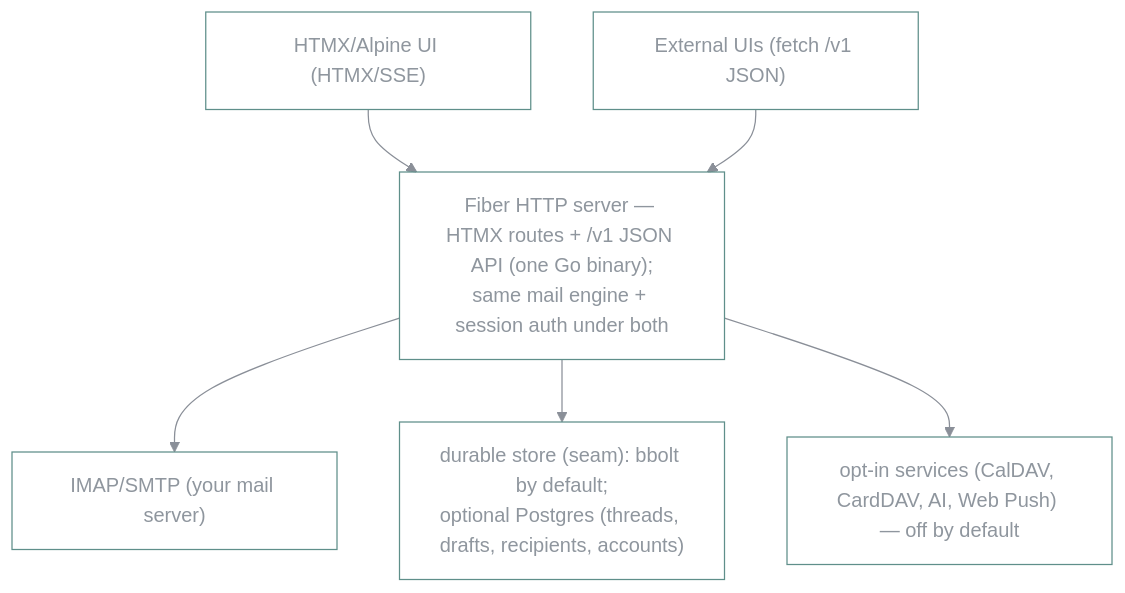
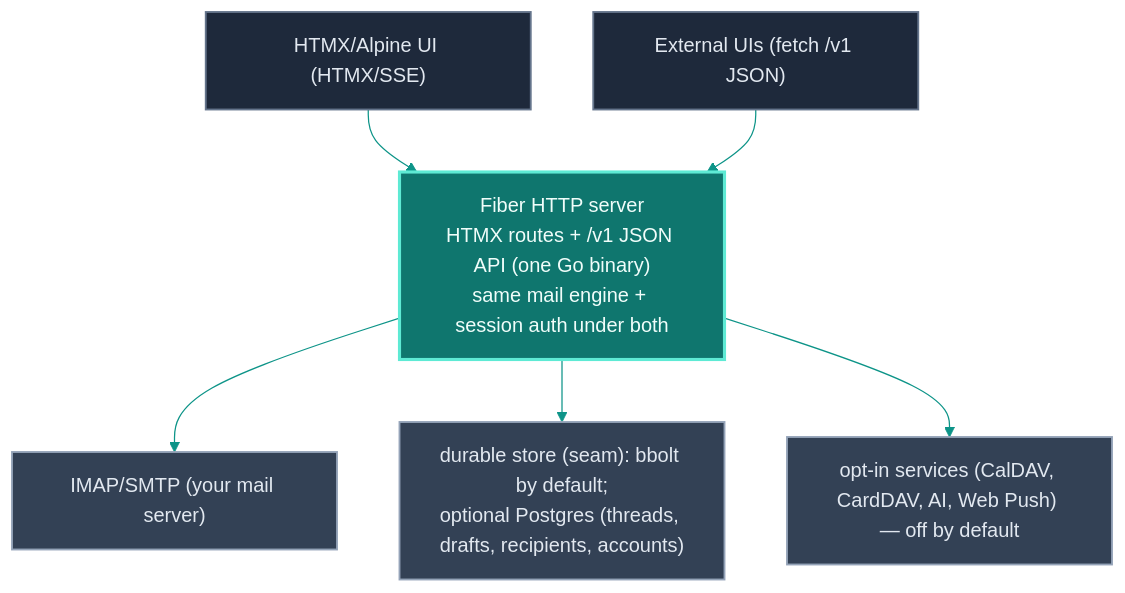
One commit to voidvon/inbrix changed the diagram in README.md. Above: the diagram before and after it, drawn with Mermaid.

Commit message:
docs: opaque-fill palette for README mermaid diagram
The old init used primaryColor:transparent with a #8f969e mid-grey
text and #8a8f98 edges, so contrast depended entirely on GitHub's
page background — roughly 2.9:1 on white, well under WCAG AA. Give
every node an opaque fill with light text (entry/server/backend
tiers via classDef) so contrast is self-contained and safe on both
GitHub light and dark. Also split the long Server label's dash into
its own line for legibility; no wording changed.

Agent-generated, machine-verified, NOT human-reviewed.

````diff
--- a/README.md
+++ b/README.md
@@ -90,10 +90,18 @@
 ```mermaid
-%%{init: {'theme':'base','themeVariables':{'fontFamily':'ui-monospace, SFMono-Regular, Menlo, monospace','primaryColor':'transparent','primaryBorderColor':'#14b8a6','primaryTextColor':'#8f969e','lineColor':'#8a8f98','nodeBorder':'#5f8f8a','edgeLabelBackground':'transparent','clusterBorder':'#3f8f86','clusterBkg':'transparent'}}}%%
+%%{init: {'theme':'base','themeVariables':{'fontFamily':'ui-monospace, SFMono-Regular, Menlo, monospace','primaryColor':'#334155','primaryBorderColor':'#94a3b8','primaryTextColor':'#e2e8f0','lineColor':'#0d9488','edgeLabelBackground':'transparent','clusterBorder':'#3f8f86','clusterBkg':'transparent'}}}%%
 flowchart TD
+    classDef entry fill:#1e293b,stroke:#64748b,color:#e2e8f0,stroke-width:1.5px;
+    classDef server fill:#0f766e,stroke:#5eead4,color:#f0fdfa,stroke-width:2.5px;
+    classDef backend fill:#334155,stroke:#94a3b8,color:#e2e8f0,stroke-width:1.5px;
+
     UI["HTMX/Alpine UI (HTMX/SSE)"] --> Server
     React["External UIs (fetch /v1 JSON)"] --> Server
-    Server["Fiber HTTP server — HTMX routes + /v1 JSON API (one Go binary);<br/>same mail engine + session auth under both"]
+    Server["Fiber HTTP server<br/>HTMX routes + /v1 JSON API (one Go binary)<br/>same mail engine + session auth under both"]
     Server --> IMAP["IMAP/SMTP (your mail server)"]
     Server --> Store["durable store (seam): bbolt by default;<br/>optional Postgres (threads, drafts, recipients, accounts)"]
     Server --> Services["opt-in services (CalDAV, CardDAV, AI, Web Push) — off by default"]
+
+    class UI,React entry
+    class Server server
+    class IMAP,Store,Services backend
 ```
````
